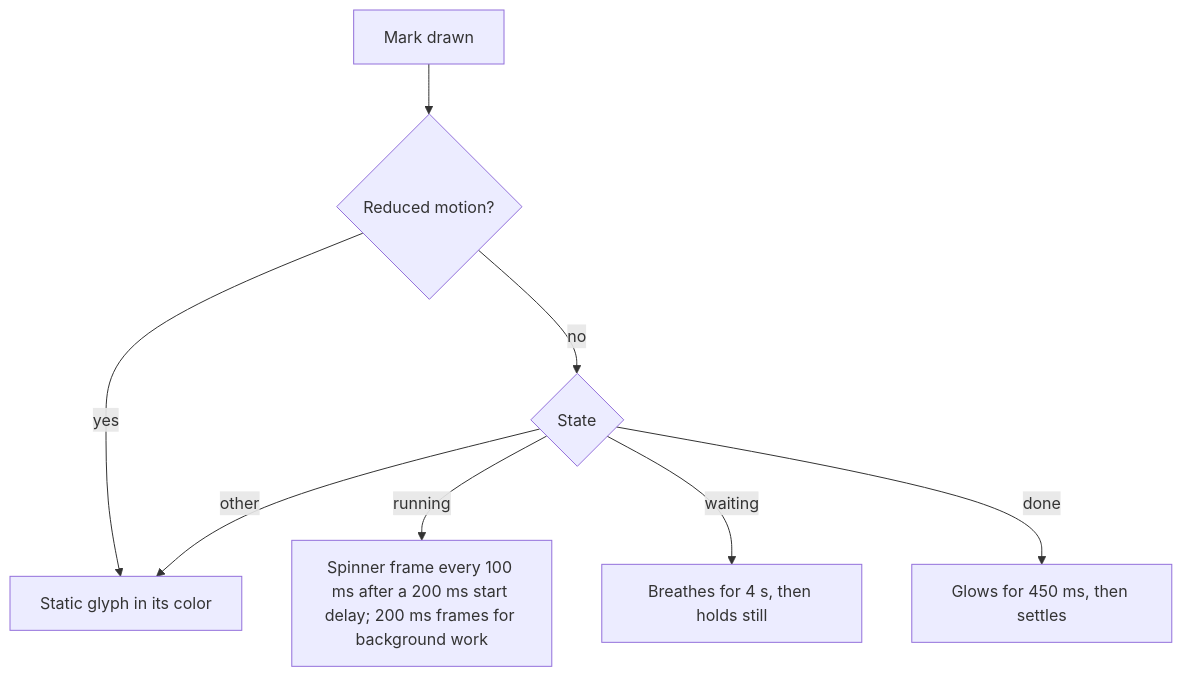
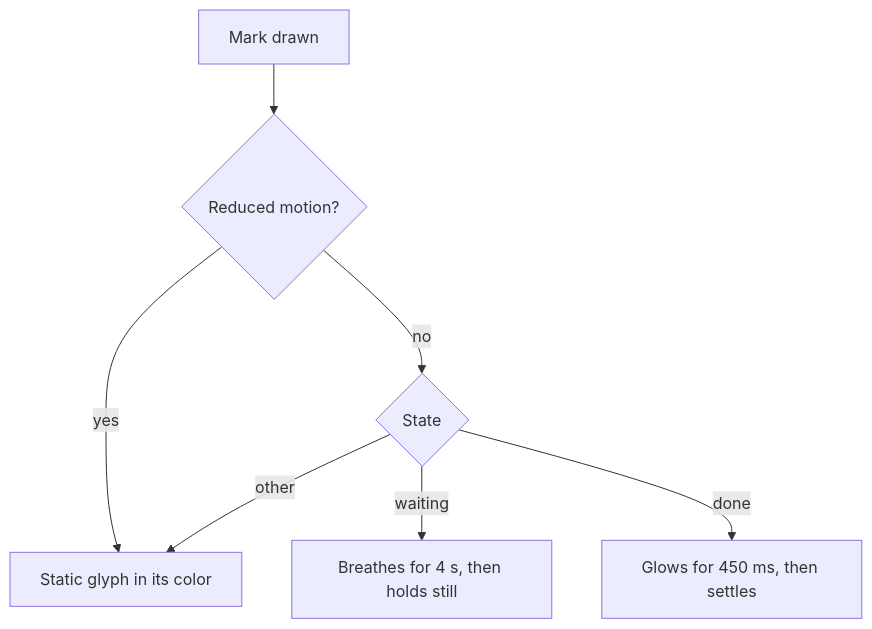
One commit to bgauryy/octocode-coding-agent changed the diagram in packages/coding-agent/docs/tui-design.md. Above: the diagram before and after it, drawn with Mermaid. The commit also changed other lines of this file and 503 other files, not shown here.

````diff
--- a/packages/coding-agent/docs/tui-design.md
+++ b/packages/coding-agent/docs/tui-design.md
@@ -44,10 +44,9 @@
 ```mermaid
 flowchart TD
     A[Mark drawn] --> B{Reduced motion?}
     B -- yes --> S[Static glyph in its color]
     B -- no --> C{State}
-    C -- running --> R[Spinner frame every 100 ms after a 200 ms start delay; 200 ms frames for background work]
     C -- waiting --> W[Breathes for 4 s, then holds still]
     C -- done --> D[Glows for 450 ms, then settles]
     C -- other --> S
 ```
````
